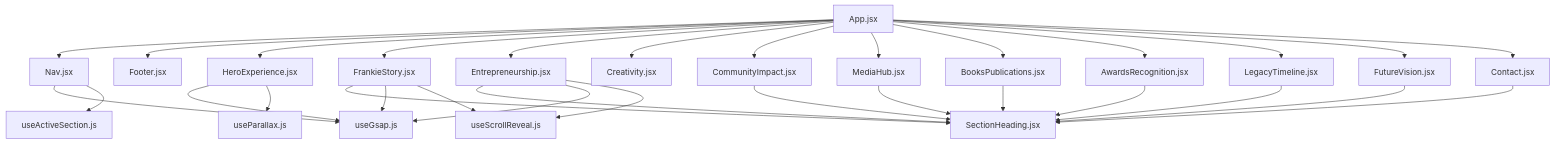
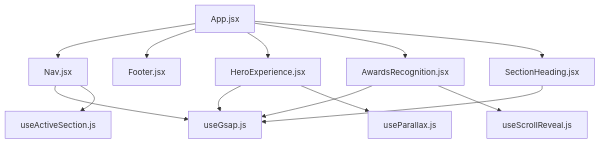
One commit to rakeshmaity271/frankie-picasso changed the second of 2 diagrams in .qoder/repowiki/en/content/Frontend Components.md. Above: the diagram before and after it, drawn with Mermaid. The commit also changed other lines of this file and 27 other files, not shown here.

````diff
--- a/.qoder/repowiki/en/content/Frontend Components.md
+++ b/.qoder/repowiki/en/content/Frontend Components.md
@@ -135,33 +114,15 @@
 ```mermaid
 graph TD
 App["App.jsx"] --> Nav["Nav.jsx"]
 App --> Footer["Footer.jsx"]
 App --> Hero["HeroExperience.jsx"]
-App --> Story["FrankieStory.jsx"]
-App --> Entrepreneurship["Entrepreneurship.jsx"]
-App --> Creativity["Creativity.jsx"]
-App --> Community["CommunityImpact.jsx"]
-App --> Media["MediaHub.jsx"]
-App --> Books["BooksPublications.jsx"]
 App --> Awards["AwardsRecognition.jsx"]
-App --> Legacy["LegacyTimeline.jsx"]
-App --> Vision["FutureVision.jsx"]
-App --> Contact["Contact.jsx"]
-Story --> SectionHeading["SectionHeading.jsx"]
-Entrepreneurship --> SectionHeading
-Community --> SectionHeading
-Media --> SectionHeading
-Books --> SectionHeading
-Awards --> SectionHeading
-Legacy --> SectionHeading
-Vision --> SectionHeading
-Contact --> SectionHeading
+App --> SectionHeading["SectionHeading.jsx"]
 Nav --> GSAP["useGsap.js"]
 Nav --> ActiveSection["useActiveSection.js"]
 Hero --> GSAP
 Hero --> Parallax["useParallax.js"]
-Story --> GSAP
-Story --> ScrollReveal["useScrollReveal.js"]
-Entrepreneurship --> GSAP
-Entrepreneurship --> ScrollReveal
+Awards --> GSAP
+Awards --> ScrollReveal["useScrollReveal.js"]
+SectionHeading --> GSAP
 ```
````
